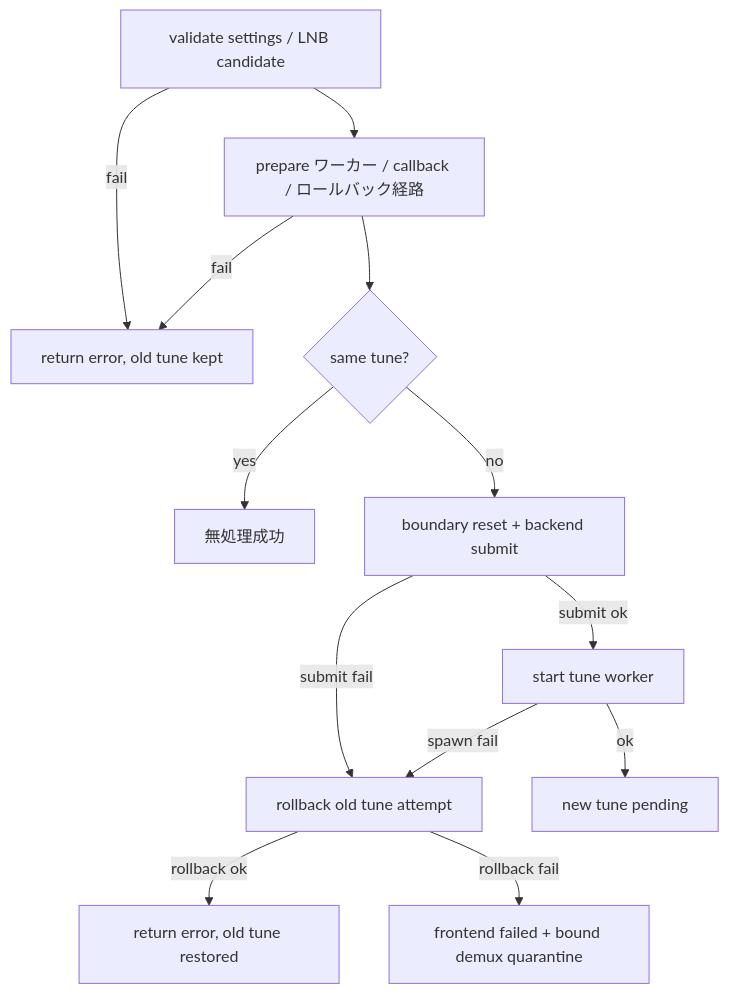
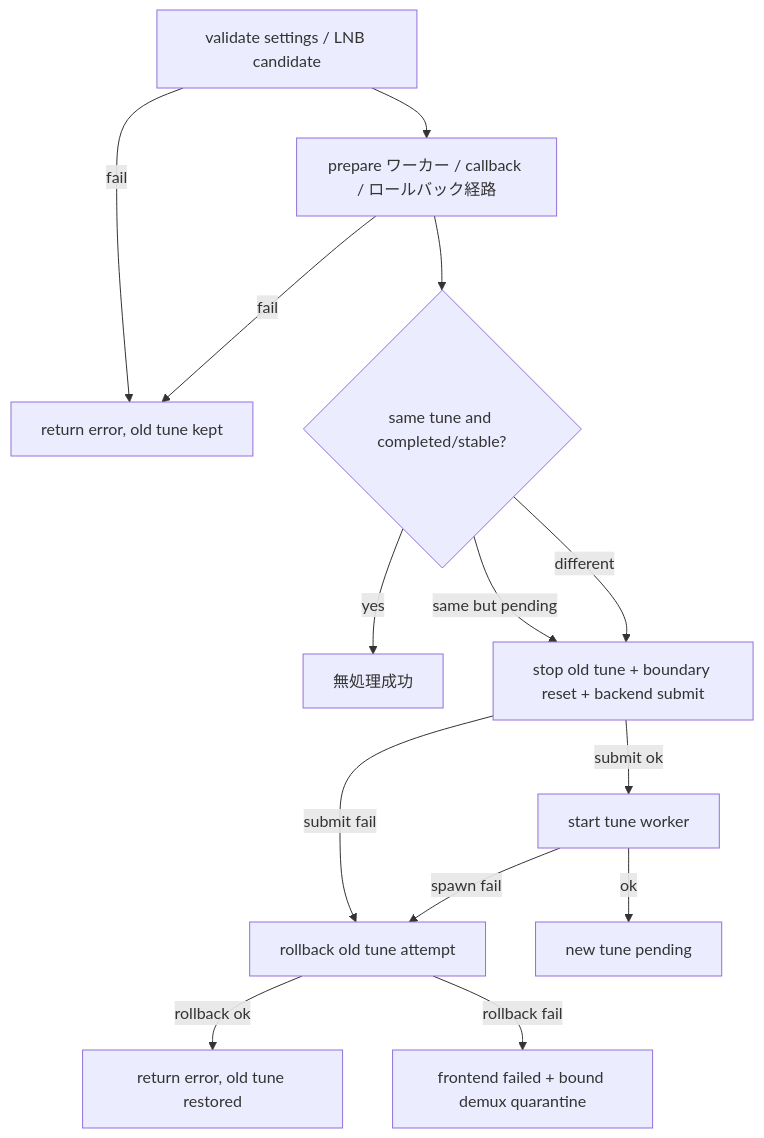
Before and after one commit to kazuki0824/tv: the second of 2 diagrams in tuner_hal/DESIGN_JA.md, drawn with Mermaid. The commit also changed other lines of this file and 5 other files, not shown here.

````diff
--- a/tuner_hal/DESIGN_JA.md
+++ b/tuner_hal/DESIGN_JA.md
@@ -1033,15 +1036,16 @@
 ```mermaid
 flowchart TD
     A[validate settings / LNB candidate] -->|fail| B[return error, old tune kept]
     A --> C[prepare ワーカー / callback / ロールバック経路]
     C -->|fail| B
-    C --> D{same tune?}
+    C --> D{same tune and completed/stable?}
     D -->|yes| E[無処理成功]
-    D -->|no| F[boundary reset + backend submit]
+    D -->|same but pending| F[stop old tune + boundary reset + backend submit]
+    D -->|different| F
     F -->|submit fail| G[rollback old tune attempt]
     F -->|submit ok| H[start tune worker]
     H -->|ok| I[new tune pending]
     H -->|spawn fail| G
     G -->|rollback ok| J[return error, old tune restored]
     G -->|rollback fail| K[frontend failed + bound demux quarantine]
 ```
````
